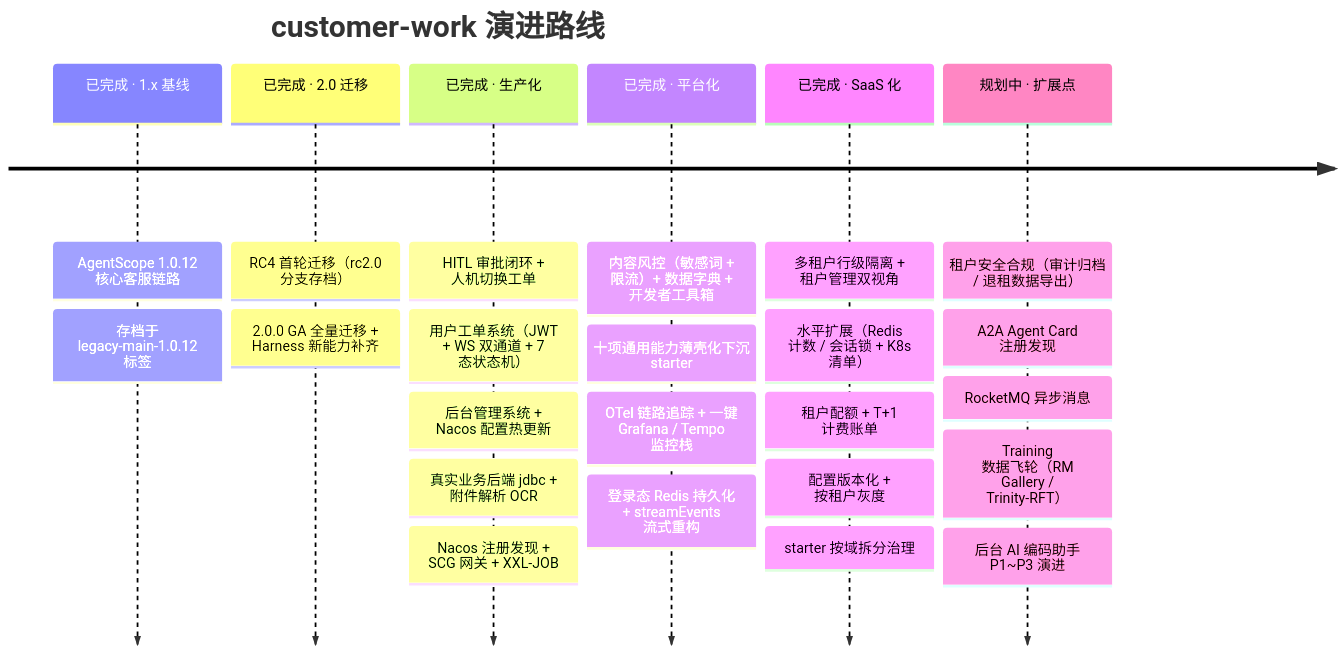
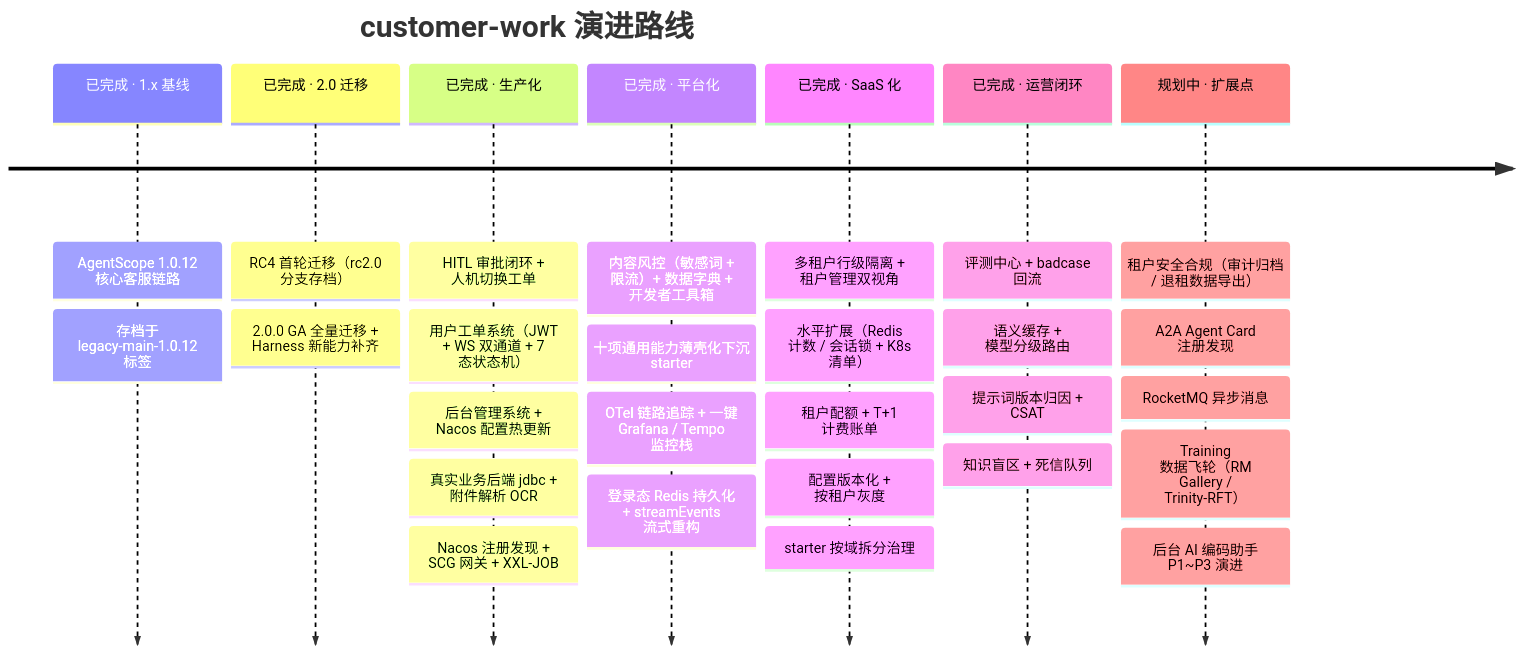
The fifth of 5 diagrams in README.md (liulangjietou/customer_work), drawn with Mermaid before and after one commit. The commit also changed other lines of this file and 11 other files, not shown here.

````diff
--- a/README.md
+++ b/README.md
@@ -247,10 +248,11 @@
 ```mermaid
 timeline
     title customer-work 演进路线
     已完成 · 1.x 基线 : AgentScope 1.0.12 核心客服链路 : 存档于 legacy-main-1.0.12 标签
     已完成 · 2.0 迁移 : RC4 首轮迁移（rc2.0 分支存档） : 2.0.0 GA 全量迁移 + Harness 新能力补齐
     已完成 · 生产化 : HITL 审批闭环 + 人机切换工单 : 用户工单系统（JWT + WS 双通道 + 7 态状态机） : 后台管理系统 + Nacos 配置热更新 : 真实业务后端 jdbc + 附件解析 OCR : Nacos 注册发现 + SCG 网关 + XXL-JOB
     已完成 · 平台化 : 内容风控（敏感词 + 限流）+ 数据字典 + 开发者工具箱 : 十项通用能力薄壳化下沉 starter : OTel 链路追踪 + 一键 Grafana / Tempo 监控栈 : 登录态 Redis 持久化 + streamEvents 流式重构
     已完成 · SaaS 化 : 多租户行级隔离 + 租户管理双视角 : 水平扩展（Redis 计数 / 会话锁 + K8s 清单） : 租户配额 + T+1 计费账单 : 配置版本化 + 按租户灰度 : starter 按域拆分治理
+    已完成 · 运营闭环 : 评测中心 + badcase 回流 : 语义缓存 + 模型分级路由 : 提示词版本归因 + CSAT : 知识盲区 + 死信队列
     规划中 · 扩展点 : 租户安全合规（审计归档 / 退租数据导出） : A2A Agent Card 注册发现 : RocketMQ 异步消息 : Training 数据飞轮（RM Gallery / Trinity-RFT） : 后台 AI 编码助手 P1~P3 演进
 ```
````
